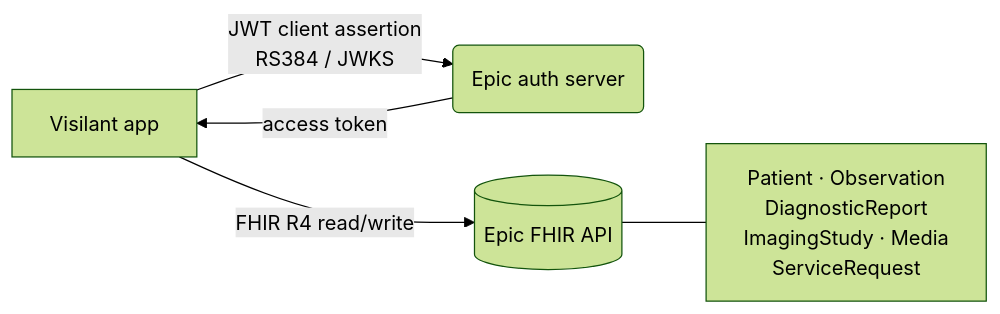
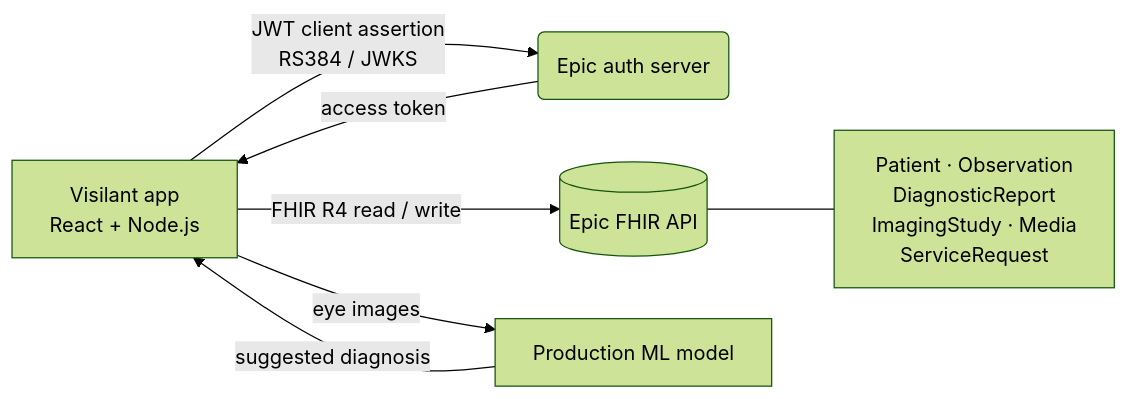
The second of 2 diagrams in README.md (heyitskundan/heyitskundan), drawn with Mermaid (forest theme) before and after one commit. The commit also changed other lines of this file, not shown here.

Commit message:
GitHub-native README with Ziplyne architecture

````diff
--- a/README.md
+++ b/README.md
@@ -62,7 +79,9 @@
 ```mermaid
 flowchart LR
-  A[Visilant app] -->|JWT client assertion<br/>RS384 / JWKS| B(Epic auth server)
-  B -->|access token| A
-  A -->|FHIR R4 read/write| C[(Epic FHIR API)]
+  A["Visilant app<br/>React + Node.js"] -->|"JWT client assertion<br/>RS384 / JWKS"| B("Epic auth server")
+  B -->|"access token"| A
+  A -->|"FHIR R4 read / write"| C[("Epic FHIR API")]
   C --- D["Patient · Observation<br/>DiagnosticReport<br/>ImagingStudy · Media<br/>ServiceRequest"]
+  A -->|"eye images"| M["Production ML model"]
+  M -->|"suggested diagnosis"| A
 ```
````
